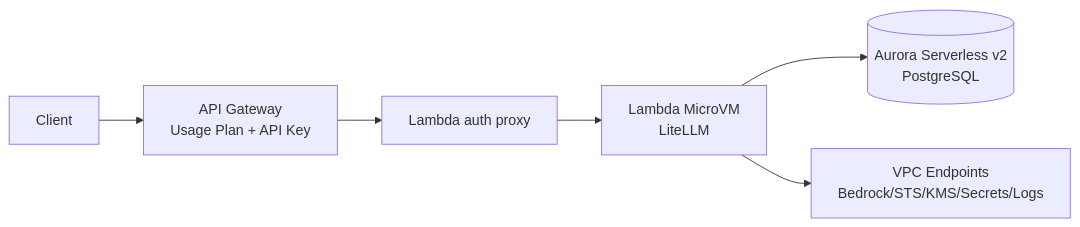
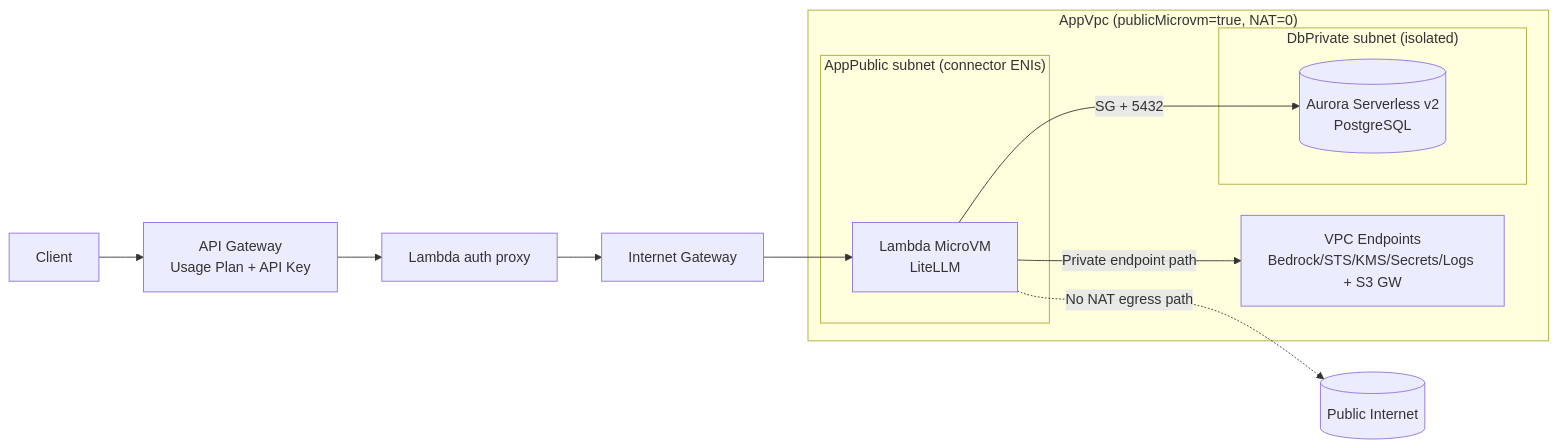
Before and after one commit to wongcyrus/litellm-aws-lambda-microvm-serverless: the first of 3 diagrams in README.md, drawn with Mermaid. The commit also changed other lines of this file, not shown here.

Commit message:
Clarify network boundaries in mode diagrams

````diff
--- a/README.md
+++ b/README.md
@@ -11,13 +11,28 @@
 ```mermaid
 flowchart LR
   C[Client]
   APIGW[API Gateway<br/>Usage Plan + API Key]
   Proxy[Lambda auth proxy]
+  Internet[(Public Internet)]
+  IGW[Internet Gateway]
   MicroVM[Lambda MicroVM<br/>LiteLLM]
   Aurora[(Aurora Serverless v2<br/>PostgreSQL)]
-  VPCE[VPC Endpoints<br/>Bedrock/STS/KMS/Secrets/Logs]
+  VPCE[VPC Endpoints<br/>Bedrock/STS/KMS/Secrets/Logs + S3 GW]
 
-  C --> APIGW --> Proxy --> MicroVM
-  MicroVM --> Aurora
-  MicroVM --> VPCE
+  C --> APIGW --> Proxy --> IGW
+  IGW --> MicroVM
+
+  subgraph VPC1["AppVpc (publicMicrovm=true, NAT=0)"]
+    subgraph APPPUB["AppPublic subnet (connector ENIs)"]
+      MicroVM
+    end
+    subgraph DBPRIV1["DbPrivate subnet (isolated)"]
+      Aurora
+    end
+    VPCE
+  end
+
+  MicroVM -->|SG + 5432| Aurora
+  MicroVM -->|Private endpoint path| VPCE
+  MicroVM -.->|No NAT egress path| Internet
 ```
````
